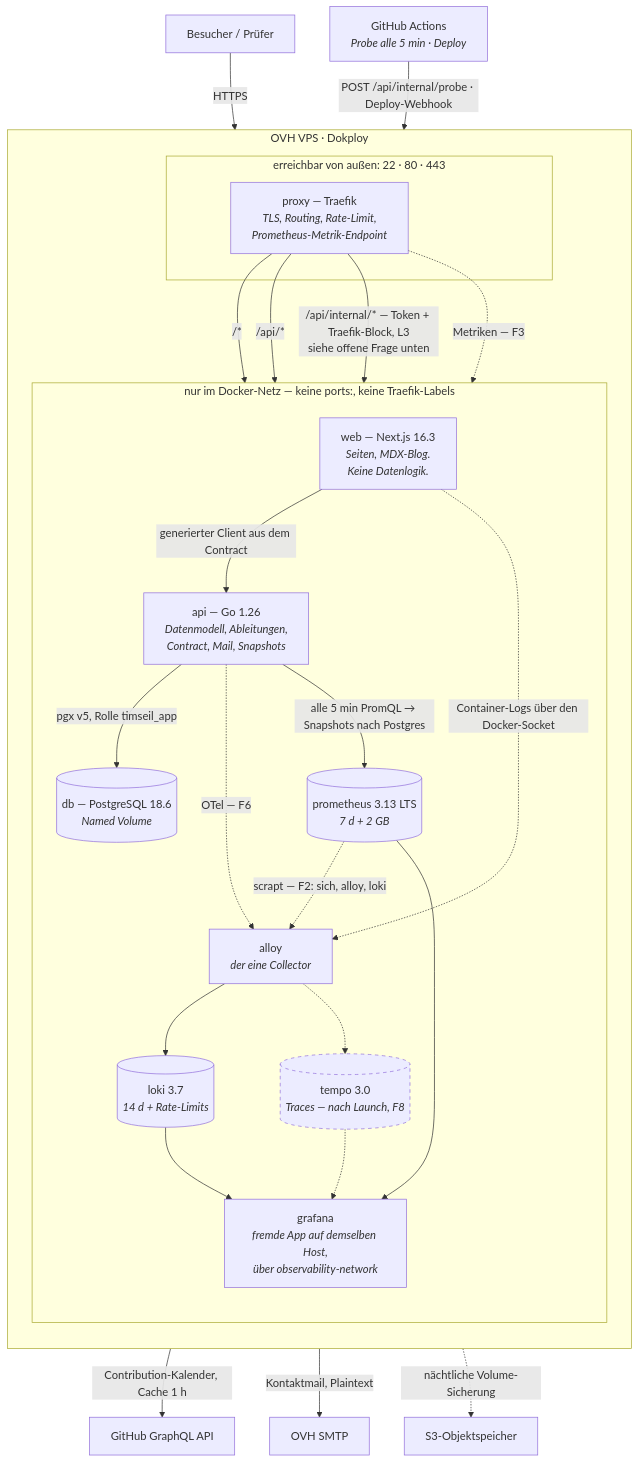
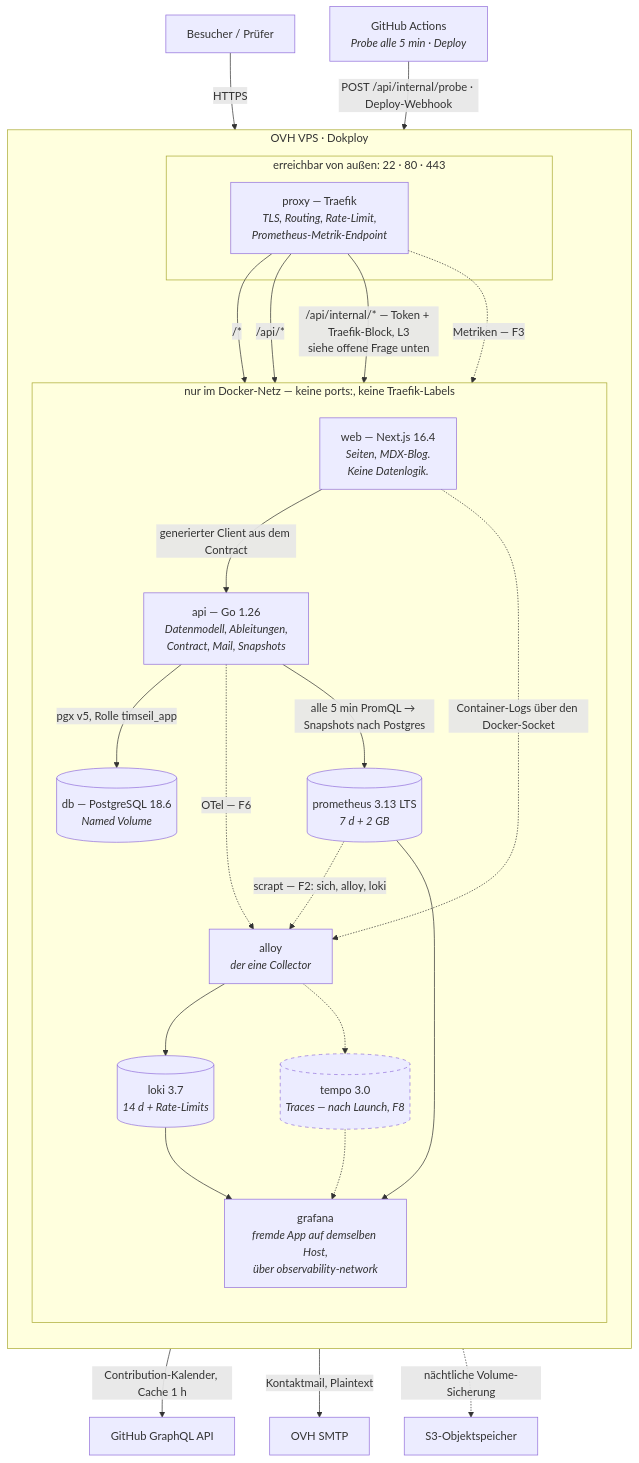
Before and after one commit to G1NG4R/timseil-dev: the diagram in docs/architecture/c4-container.md, drawn with Mermaid. The commit also changed other lines of this file and 10 other files, not shown here.

First line of the commit message:
fix(web): move next to 16.4.3 for two critical advisories (#507)

````diff
--- a/docs/architecture/c4-container.md
+++ b/docs/architecture/c4-container.md
@@ -11,55 +11,55 @@
 ```mermaid
 flowchart TB
     visitor["Besucher / Prüfer"]
     ghactions["GitHub Actions<br/><i>Probe alle 5 min · Deploy</i>"]
 
     subgraph host ["OVH VPS · Dokploy"]
         direction TB
 
         subgraph edge ["erreichbar von außen: 22 · 80 · 443"]
             proxy["proxy — Traefik<br/><i>TLS, Routing, Rate-Limit,<br/>Prometheus-Metrik-Endpoint</i>"]
         end
 
         subgraph net ["nur im Docker-Netz — keine ports:, keine Traefik-Labels"]
             direction TB
-            web["web — Next.js 16.3<br/><i>Seiten, MDX-Blog.<br/>Keine Datenlogik.</i>"]
+            web["web — Next.js 16.4<br/><i>Seiten, MDX-Blog.<br/>Keine Datenlogik.</i>"]
             api["api — Go 1.26<br/><i>Datenmodell, Ableitungen,<br/>Contract, Mail, Snapshots</i>"]
             db[("db — PostgreSQL 18.6<br/><i>Named Volume</i>")]
             alloy["alloy<br/><i>der eine Collector</i>"]
             prom[("prometheus 3.13 LTS<br/><i>7 d + 2 GB</i>")]
             loki[("loki 3.7<br/><i>14 d + Rate-Limits</i>")]
             graf["grafana<br/><i>fremde App auf demselben Host,<br/>über observability-network</i>"]
             tempo[("tempo 3.0<br/><i>Traces — nach Launch, F8</i>")]
         end
     end
 
     ghapi["GitHub GraphQL API"]
     smtp["OVH SMTP"]
     s3["S3-Objektspeicher"]
 
     visitor -->|HTTPS| proxy
     proxy -->|"/*"| web
     proxy -->|"/api/*"| api
     proxy -->|"/api/internal/* — Token + Traefik-Block, L3<br/>siehe offene Frage unten"| api
     web -->|"generierter Client aus dem Contract"| api
     api -->|"pgx v5, Rolle timseil_app"| db
 
     proxy -.->|"Metriken — F3"| prom
     api -.->|"OTel — F6"| alloy
     web -.->|"Container-Logs über den Docker-Socket"| alloy
     prom -.->|"scrapt — F2: sich, alloy, loki"| alloy
     alloy --> loki
     alloy -.-> tempo
     prom --> graf
     loki --> graf
     tempo -.-> graf
 
     api -->|"alle 5 min PromQL → Snapshots nach Postgres"| prom
     api -->|"Contribution-Kalender, Cache 1 h"| ghapi
     api -->|"Kontaktmail, Plaintext"| smtp
     ghactions -->|"POST /api/internal/probe · Deploy-Webhook"| proxy
     db -.->|"nächtliche Volume-Sicherung"| s3
 
     classDef later stroke-dasharray: 5 5;
     class tempo later;
 ```
````
